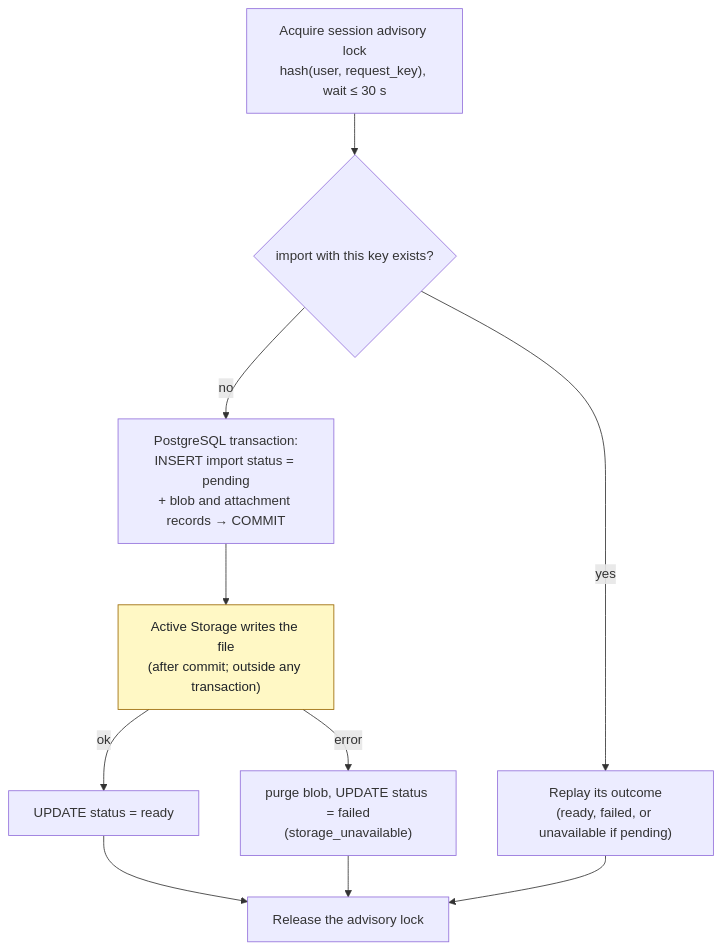
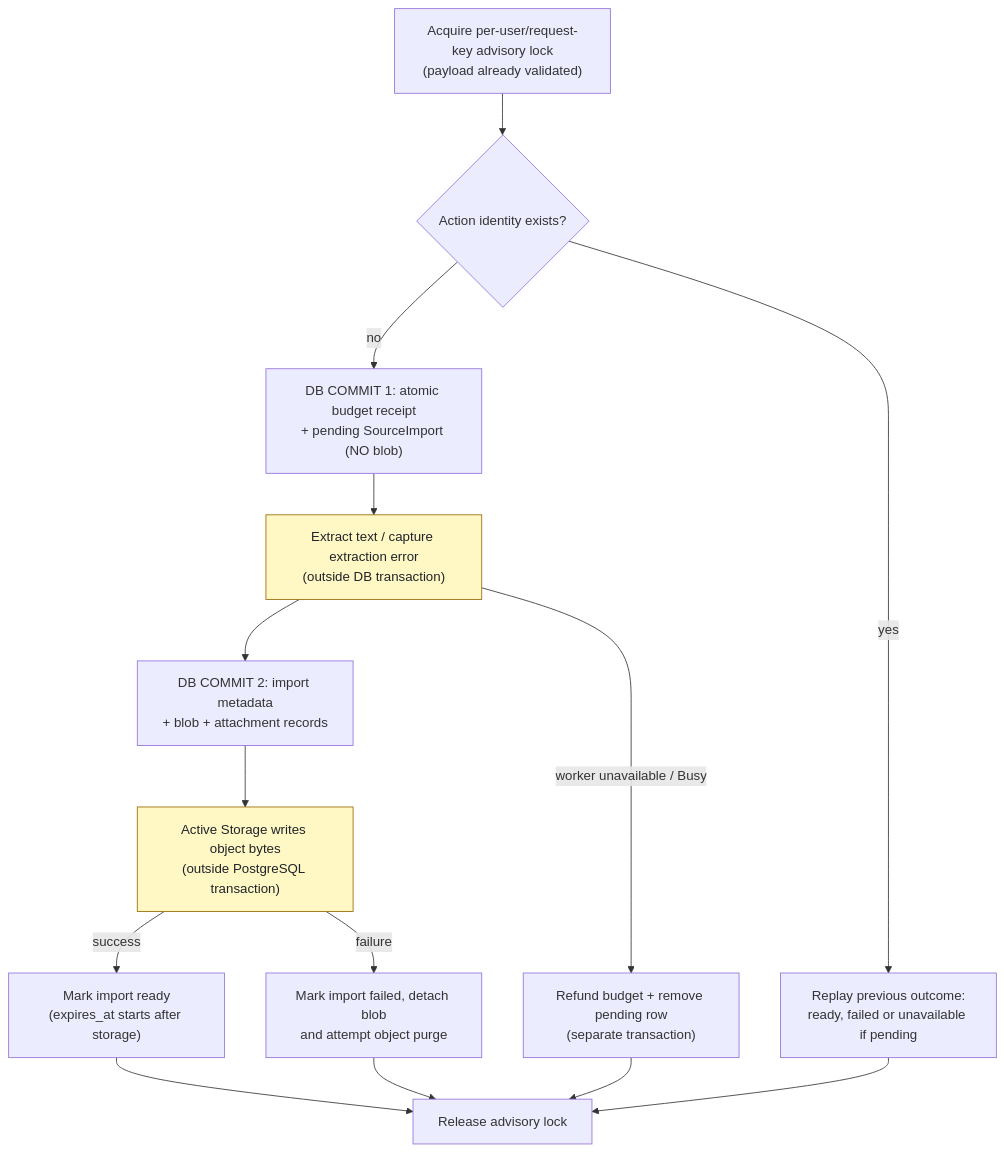
One commit to XKeviNguyen/three_heavens changed the first of 3 diagrams in docs/engineering-case-studies/12-upload-response-loss-and-atomic-quota.md. Above: the diagram before and after it, drawn with Mermaid. The commit also changed other lines of this file, not shown here.

Commit message:
docs: diagram final two-commit import lifecycle and extraction crash windows

````diff
--- a/docs/engineering-case-studies/12-upload-response-loss-and-atomic-quota.md
+++ b/docs/engineering-case-studies/12-upload-response-loss-and-atomic-quota.md
@@ -15,14 +15,18 @@
 ```mermaid
 flowchart TD
-    K["Acquire session advisory lock<br/>hash(user, request_key), wait ≤ 30 s"] --> E{"import with this key exists?"}
-    E -- yes --> RP["Replay its outcome<br/>(ready, failed, or unavailable if pending)"]
-    E -- no --> T1["PostgreSQL transaction:<br/>INSERT import status = pending<br/>+ blob and attachment records → COMMIT"]
-    T1 --> S["Active Storage writes the file<br/>(after commit; outside any transaction)"]
-    S -- ok --> T2["UPDATE status = ready"]
-    S -- error --> F["purge blob, UPDATE status = failed<br/>(storage_unavailable)"]
-    T2 --> U["Release the advisory lock"]
+    K["Acquire per-user/request-key advisory lock<br/>(payload already validated)"] --> E{"Action identity exists?"}
+    E -- yes --> RP["Replay previous outcome:<br/>ready, failed or unavailable if pending"]
+    E -- no --> T1["DB COMMIT 1: atomic budget receipt<br/>+ pending SourceImport (NO blob)"]
+    T1 --> X["Extract text / capture extraction error<br/>(outside DB transaction)"]
+    X --> T2["DB COMMIT 2: import metadata<br/>+ blob + attachment records"]
+    X -- worker unavailable / Busy --> B["Refund budget + remove pending row<br/>(separate transaction)"]
+    T2 --> S["Active Storage writes object bytes<br/>(outside PostgreSQL transaction)"]
+    S -- success --> R["Mark import ready<br/>(expires_at starts after storage)"]
+    S -- failure --> F["Mark import failed, detach blob<br/>and attempt object purge"]
+    R --> U["Release advisory lock"]
     F --> U
+    B --> U
     RP --> U
-    classDef gap fill:#fff8c5,stroke:#9a6700,color:#1f2328
-    class S gap
+    classDef boundary fill:#fff8c5,stroke:#9a6700,color:#1f2328
+    class X,S boundary
 ```
````
